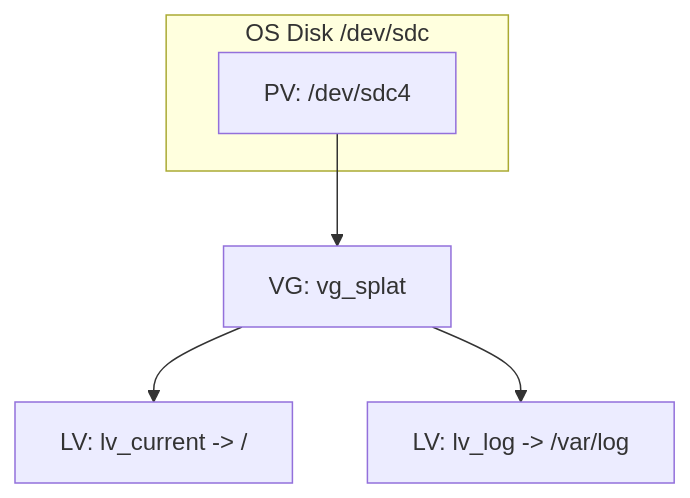
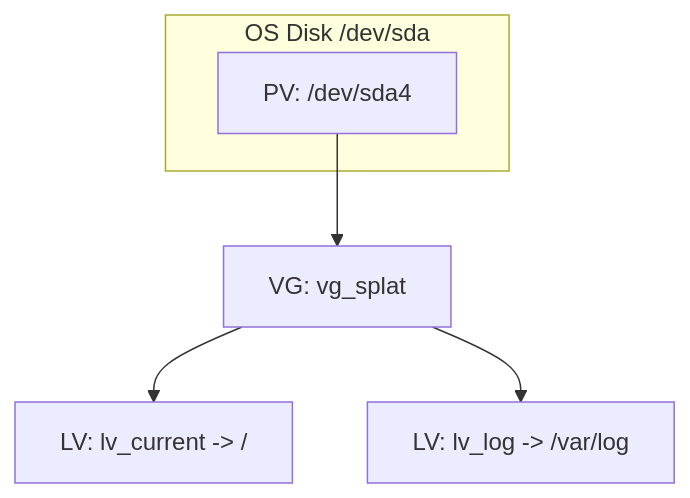
The first of 2 diagrams in README.md (roie9876/checkpoint-mgmt), drawn with Mermaid before and after one commit. The commit also changed other lines of this file and 2 other files, not shown here.

````diff
--- a/README.md
+++ b/README.md
@@ -23,10 +23,10 @@
 ```mermaid
 graph TB
-  subgraph Disk0[OS Disk /dev/sdc]
-    PV0[PV: /dev/sdc4]
+  subgraph Disk0[OS Disk /dev/sda]
+    PV0[PV: /dev/sda4]
   end
 
   PV0 --> VG[VG: vg_splat]
   VG --> LV1[LV: lv_current -> /]
   VG --> LV2[LV: lv_log -> /var/log]
 ```
````
